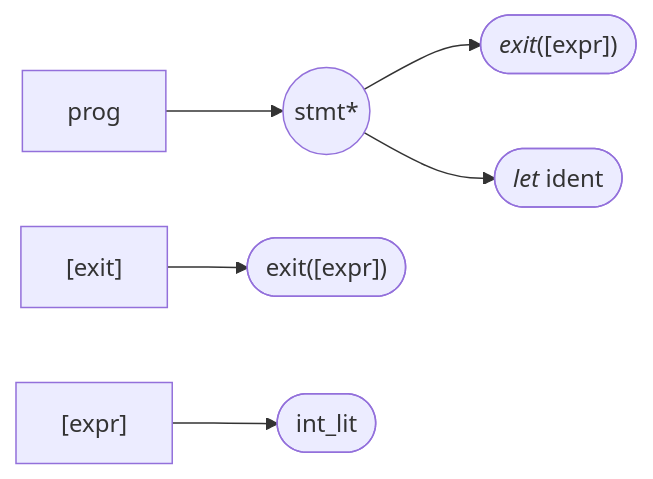
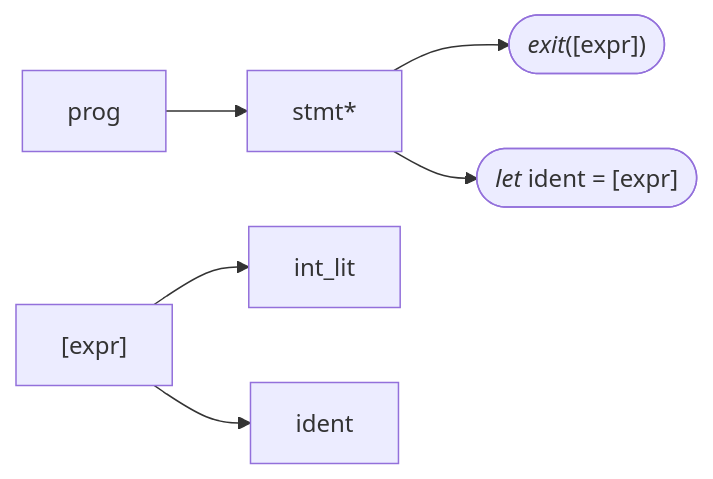
One commit to nikkehtine/hydrogen changed the diagram in docs/grammar.md. Above: the diagram before and after it, drawn with Mermaid. The commit also changed 2 other files, not shown here.

Commit message:
Make the code more descriptive

````diff
--- a/docs/grammar.md
+++ b/docs/grammar.md
@@ -1,10 +1,11 @@
 ```mermaid
 graph LR
-E["prog"] --> S(("stmt*"))
 
-S --> exit(["<i>exit</i>([expr])"])
-S --> let(["<i>let</i> ident"])
+prog --> stmt*
+stmt* --> exit(["<i>exit</i>([expr])"])
+stmt* --> let(["<i>let</i> ident = [expr]"])
 
-A["[exit]"] --> B(["exit([expr])"])
-C["[expr]"] --> D(["int_lit"])
+expr["[expr]"]
+expr --> int_lit
+expr --> ident
 ```
````
